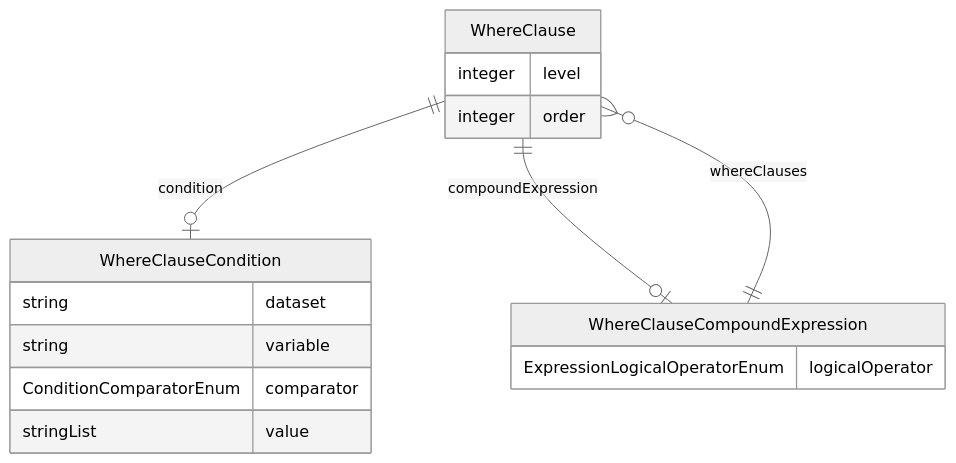
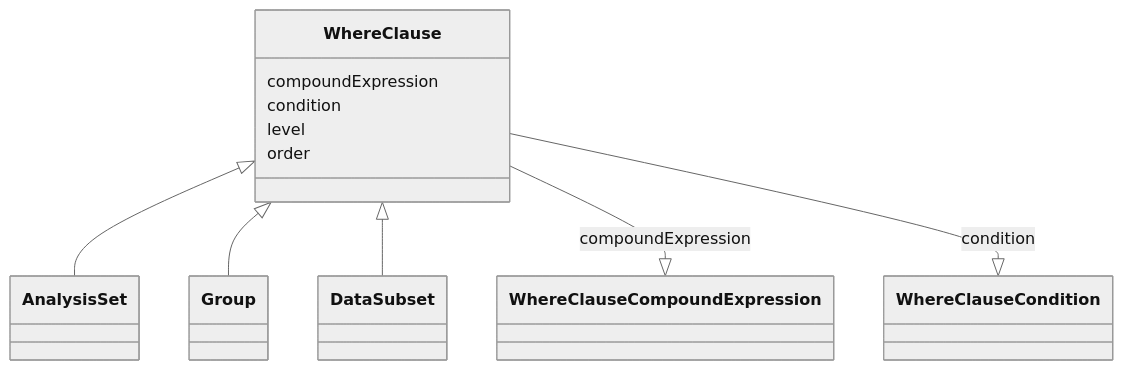
One commit to cdisc-org/analysis-results-standard changed the diagram in project/docs/WhereClause.md. Above: the diagram before and after it, drawn with Mermaid (neutral theme). The commit also changed 256 other files, not shown here.

Commit message:
Documentation diagrams

````diff
--- a/project/docs/WhereClause.md
+++ b/project/docs/WhereClause.md
@@ -13,21 +15,21 @@
 ```mermaid
-erDiagram
-WhereClause {
-    integer level  
-    integer order  
-}
-WhereClauseCompoundExpression {
-    ExpressionLogicalOperatorEnum logicalOperator  
-}
-WhereClauseCondition {
-    string dataset  
-    string variable  
-    ConditionComparatorEnum comparator  
-    stringList value  
-}
-
-WhereClause ||--|o WhereClauseCondition : "condition"
-WhereClause ||--|o WhereClauseCompoundExpression : "compoundExpression"
-WhereClauseCompoundExpression ||--}o WhereClause : "whereClauses"
-
+ classDiagram
+    class WhereClause
+      WhereClause <|-- AnalysisSet
+      WhereClause <|-- Group
+      WhereClause <|-- DataSubset
+      
+      WhereClause : compoundExpression
+        
+          WhereClause --|> WhereClauseCompoundExpression : compoundExpression
+        
+      WhereClause : condition
+        
+          WhereClause --|> WhereClauseCondition : condition
+        
+      WhereClause : level
+        
+      WhereClause : order
+        
+      
 ```
````
